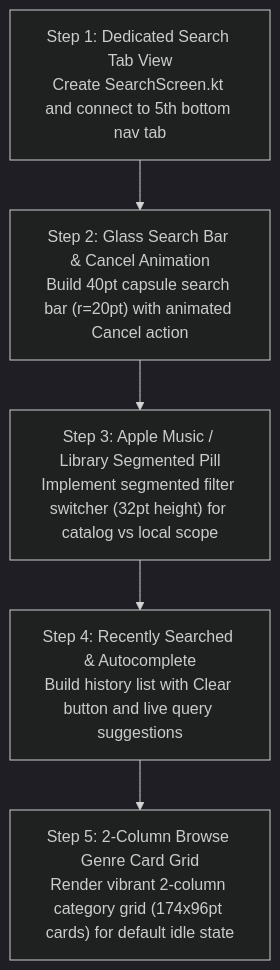
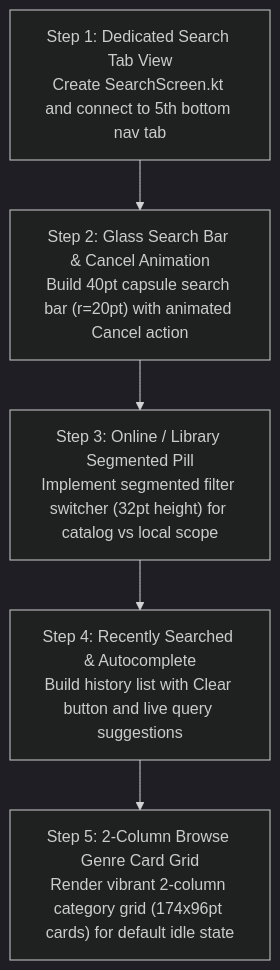
Before and after one commit to aashikhameed/music-player-app: the diagram in designScreen/mobile_specification/06_SEARCH_SCREEN.md, drawn with Mermaid (dark theme). The commit also changed other lines of this file and 38 other files, not shown here.

````diff
--- a/designScreen/mobile_specification/06_SEARCH_SCREEN.md
+++ b/designScreen/mobile_specification/06_SEARCH_SCREEN.md
@@ -24,7 +24,7 @@
 ```mermaid
 flowchart TD
     Step1["Step 1: Dedicated Search Tab View\nCreate SearchScreen.kt and connect to 5th bottom nav tab"] --> Step2["Step 2: Glass Search Bar & Cancel Animation\nBuild 40pt capsule search bar (r=20pt) with animated Cancel action"]
-    Step2 --> Step3["Step 3: Apple Music / Library Segmented Pill\nImplement segmented filter switcher (32pt height) for catalog vs local scope"]
+    Step2 --> Step3["Step 3: Online / Library Segmented Pill\nImplement segmented filter switcher (32pt height) for catalog vs local scope"]
     Step3 --> Step4["Step 4: Recently Searched & Autocomplete\nBuild history list with Clear button and live query suggestions"]
     Step4 --> Step5["Step 5: 2-Column Browse Genre Card Grid\nRender vibrant 2-column category grid (174x96pt cards) for default idle state"]
 ```
````
